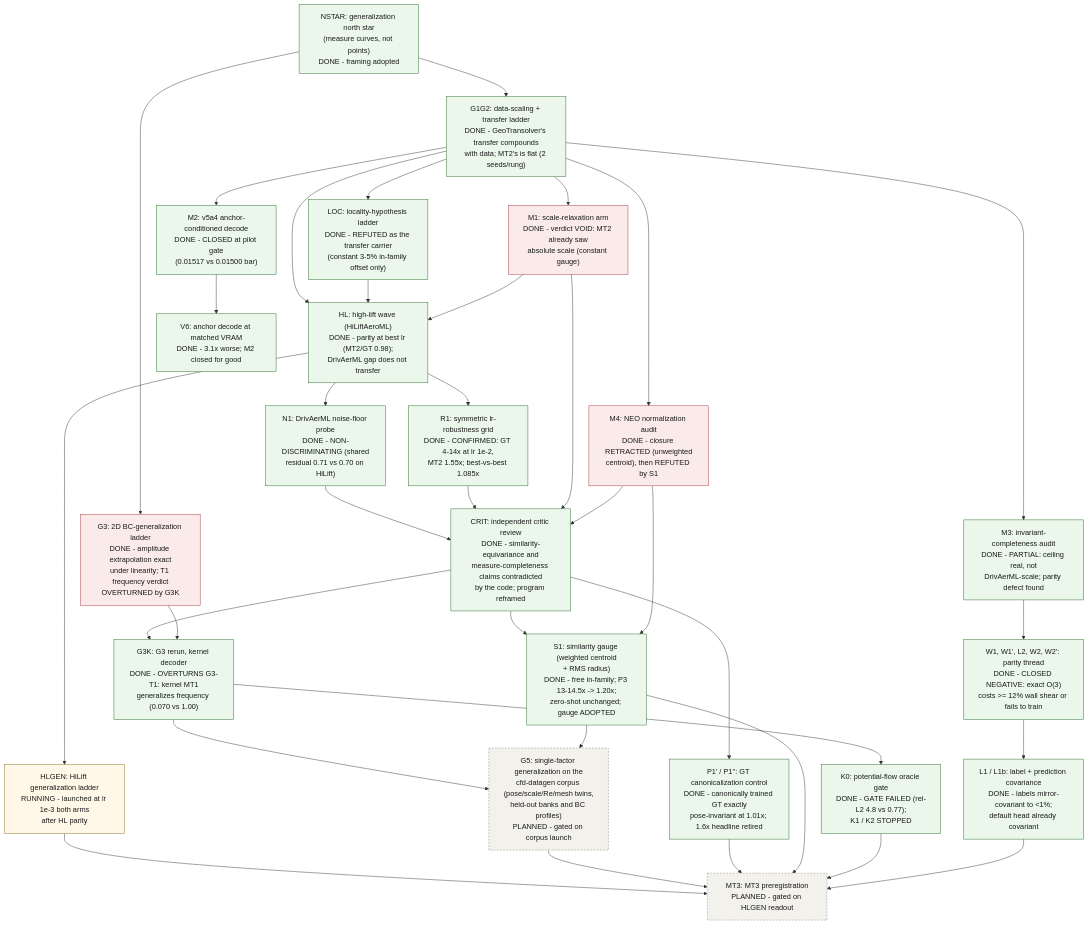
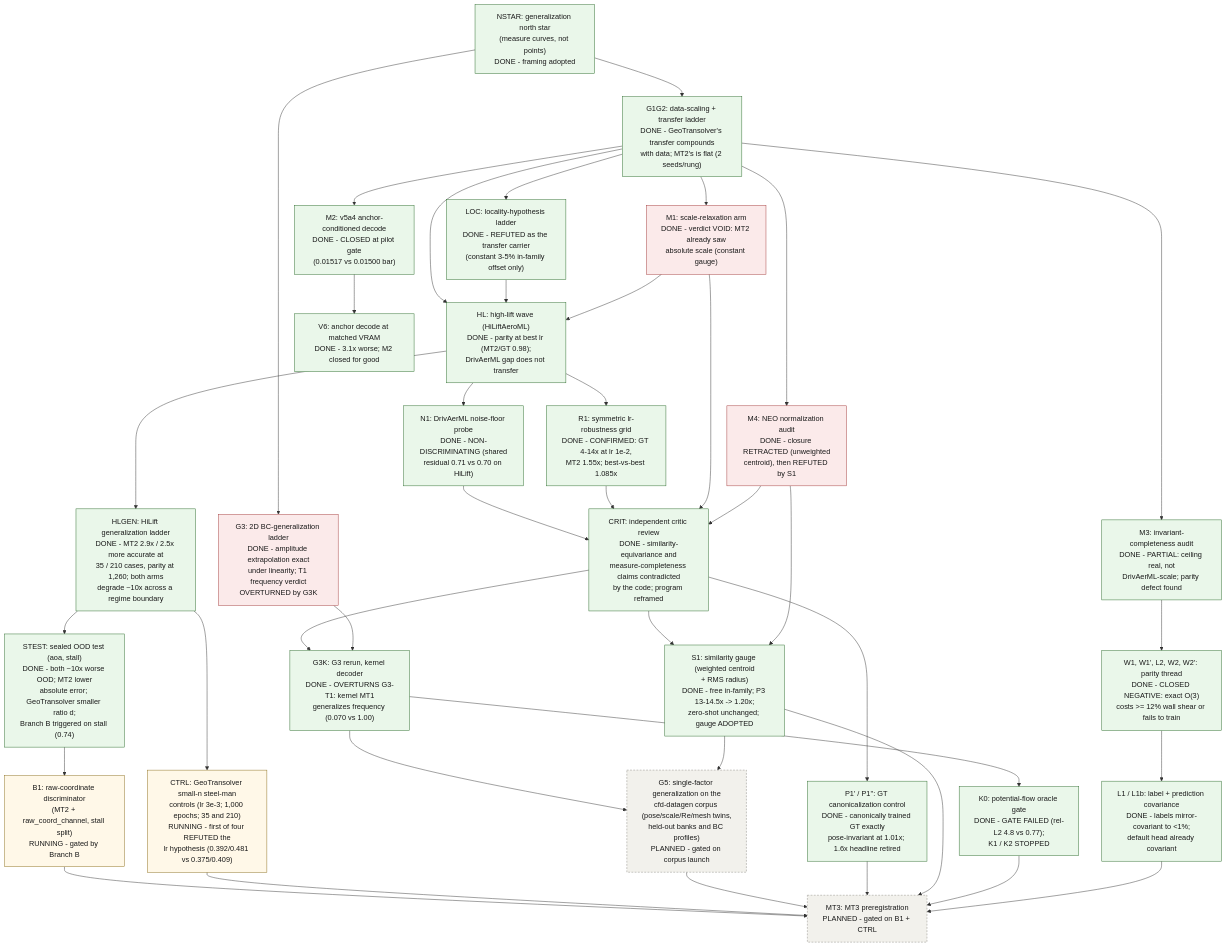
One commit to peterdsharpe/physicsnemo changed the diagram in examples/cfd/mesh_transformer/book/index.qmd. Above: the diagram before and after it, drawn with Mermaid. The commit also changed other lines of this file and 1 other file, not shown here.

Commit message:
Book: ladder OOD verdict + regime-extrapolation figure in review; tech tree HLGEN DONE, CTRL/STEST/B1 nodes; stale in-flight text corrected

````diff
--- a/examples/cfd/mesh_transformer/book/index.qmd
+++ b/examples/cfd/mesh_transformer/book/index.qmd
@@ -498,72 +498,79 @@
 ```{mermaid}
 %%| fig-cap: >
-%%|   The generalization-campaign tech tree as of 2026-09-03. Green: done,
+%%|   The generalization-campaign tech tree as of 2026-09-04. Green: done,
 %%|   with the verdict in the node. Amber: running. Gray dashed: planned,
 %%|   gated on an upstream readout. Red: a verdict that was later
 %%|   retracted, voided, or overturned; the node that did so is its
 %%|   downstream neighbour. Every node has a ledger row below with its
 %%|   acceptance criterion and notebook evidence link.
 flowchart TB
     classDef done fill:#eaf7ea,stroke:#2a6a2a,color:#1a1a1a
     classDef running fill:#fff8e8,stroke:#8a6d1a,color:#1a1a1a
     classDef planned fill:#f2f1ec,stroke:#898781,color:#1a1a1a,stroke-dasharray:4 3
     classDef retracted fill:#fbeaea,stroke:#a33a3a,color:#1a1a1a
 
     NSTAR["NSTAR: generalization north star<br/>(measure curves, not points)<br/>DONE - framing adopted"]:::done
     G1G2["G1G2: data-scaling + transfer ladder<br/>DONE - GeoTransolver's transfer compounds<br/>with data; MT2's is flat (2 seeds/rung)"]:::done
     LOC["LOC: locality-hypothesis ladder<br/>DONE - REFUTED as the transfer carrier<br/>(constant 3-5% in-family offset only)"]:::done
     M1["M1: scale-relaxation arm<br/>DONE - verdict VOID: MT2 already saw<br/>absolute scale (constant gauge)"]:::retracted
     M2["M2: v5a4 anchor-conditioned decode<br/>DONE - CLOSED at pilot gate<br/>(0.01517 vs 0.01500 bar)"]:::done
     M3["M3: invariant-completeness audit<br/>DONE - PARTIAL: ceiling real, not<br/>DrivAerML-scale; parity defect found"]:::done
     M4["M4: NEO normalization audit<br/>DONE - closure RETRACTED (unweighted<br/>centroid), then REFUTED by S1"]:::retracted
     G3["G3: 2D BC-generalization ladder<br/>DONE - amplitude extrapolation exact<br/>under linearity; T1 frequency verdict<br/>OVERTURNED by G3K"]:::retracted
     HL["HL: high-lift wave (HiLiftAeroML)<br/>DONE - parity at best lr (MT2/GT 0.98);<br/>DrivAerML gap does not transfer"]:::done
     N1["N1: DrivAerML noise-floor probe<br/>DONE - NON-DISCRIMINATING (shared<br/>residual 0.71 vs 0.70 on HiLift)"]:::done
     R1["R1: symmetric lr-robustness grid<br/>DONE - CONFIRMED: GT 4-14x at lr 1e-2,<br/>MT2 1.55x; best-vs-best 1.085x"]:::done
     V6["V6: anchor decode at matched VRAM<br/>DONE - 3.1x worse; M2 closed for good"]:::done
     PAR["W1, W1', L2, W2, W2': parity thread<br/>DONE - CLOSED NEGATIVE: exact O(3)<br/>costs >= 12% wall shear or fails to train"]:::done
     L1["L1 / L1b: label + prediction covariance<br/>DONE - labels mirror-covariant to <1%;<br/>default head already covariant"]:::done
     CRIT["CRIT: independent critic review<br/>DONE - similarity-equivariance and<br/>measure-completeness claims contradicted<br/>by the code; program reframed"]:::done
     G3K["G3K: G3 rerun, kernel decoder<br/>DONE - OVERTURNS G3-T1: kernel MT1<br/>generalizes frequency (0.070 vs 1.00)"]:::done
     K0["K0: potential-flow oracle gate<br/>DONE - GATE FAILED (rel-L2 4.8 vs 0.77);<br/>K1 / K2 STOPPED"]:::done
     P1C["P1' / P1'': GT canonicalization control<br/>DONE - canonically trained GT exactly<br/>pose-invariant at 1.01x; 1.6x headline retired"]:::done
     S1["S1: similarity gauge (weighted centroid<br/>+ RMS radius)<br/>DONE - free in-family; P3 13-14.5x -> 1.20x;<br/>zero-shot unchanged; gauge ADOPTED"]:::done
-    HLGEN["HLGEN: HiLift generalization ladder<br/>RUNNING - launched at lr 1e-3 both arms<br/>after HL parity"]:::running
-    MT3["MT3: MT3 preregistration<br/>PLANNED - gated on HLGEN readout"]:::planned
+    HLGEN["HLGEN: HiLift generalization ladder<br/>DONE - MT2 2.9x / 2.5x more accurate at<br/>35 / 210 cases, parity at 1,260; both arms<br/>degrade ~10x across a regime boundary"]:::done
+    CTRL["CTRL: GeoTransolver small-n steel-man<br/>controls (lr 3e-3; 1,000 epochs; 35 and 210)<br/>RUNNING - first of four REFUTED the<br/>lr hypothesis (0.392/0.481 vs 0.375/0.409)"]:::running
+    STEST["STEST: sealed OOD test (aoa, stall)<br/>DONE - both ~10x worse OOD; MT2 lower<br/>absolute error; GeoTransolver smaller ratio d;<br/>Branch B triggered on stall (0.74)"]:::done
+    B1["B1: raw-coordinate discriminator<br/>(MT2 + raw_coord_channel, stall split)<br/>RUNNING - gated by Branch B"]:::running
+    MT3["MT3: MT3 preregistration<br/>PLANNED - gated on B1 + CTRL"]:::planned
     G5["G5: single-factor generalization on the<br/>cfd-datagen corpus (pose/scale/Re/mesh twins,<br/>held-out banks and BC profiles)<br/>PLANNED - gated on corpus launch"]:::planned
 
     NSTAR --> G1G2
     NSTAR --> G3
     G1G2 --> LOC
     G1G2 --> M1
     G1G2 --> M2
     G1G2 --> M3
     G1G2 --> M4
     G1G2 --> HL
     LOC --> HL
     M1 --> HL
     HL --> N1
     HL --> R1
     M2 --> V6
     M3 --> PAR
     PAR --> L1
     N1 --> CRIT
     R1 --> CRIT
     M1 --> CRIT
     M4 --> CRIT
     CRIT --> G3K
     G3 --> G3K
     G3K --> K0
     CRIT --> P1C
     CRIT --> S1
     M4 --> S1
     HL --> HLGEN
-    HLGEN --> MT3
+    HLGEN --> CTRL
+    HLGEN --> STEST
+    STEST --> B1
+    B1 --> MT3
+    CTRL --> MT3
     G3K --> G5
     S1 --> G5
     G5 --> MT3
     P1C --> MT3
     S1 --> MT3
     K0 --> MT3
     L1 --> MT3
 ```
````
